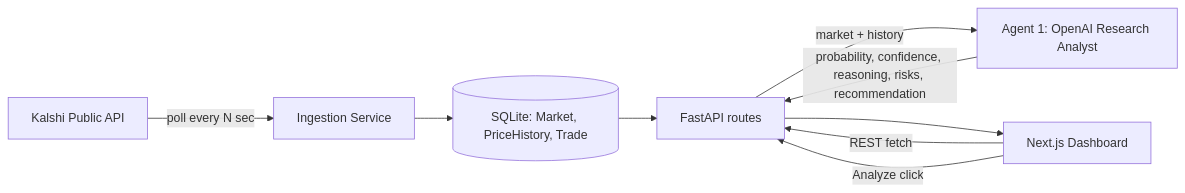
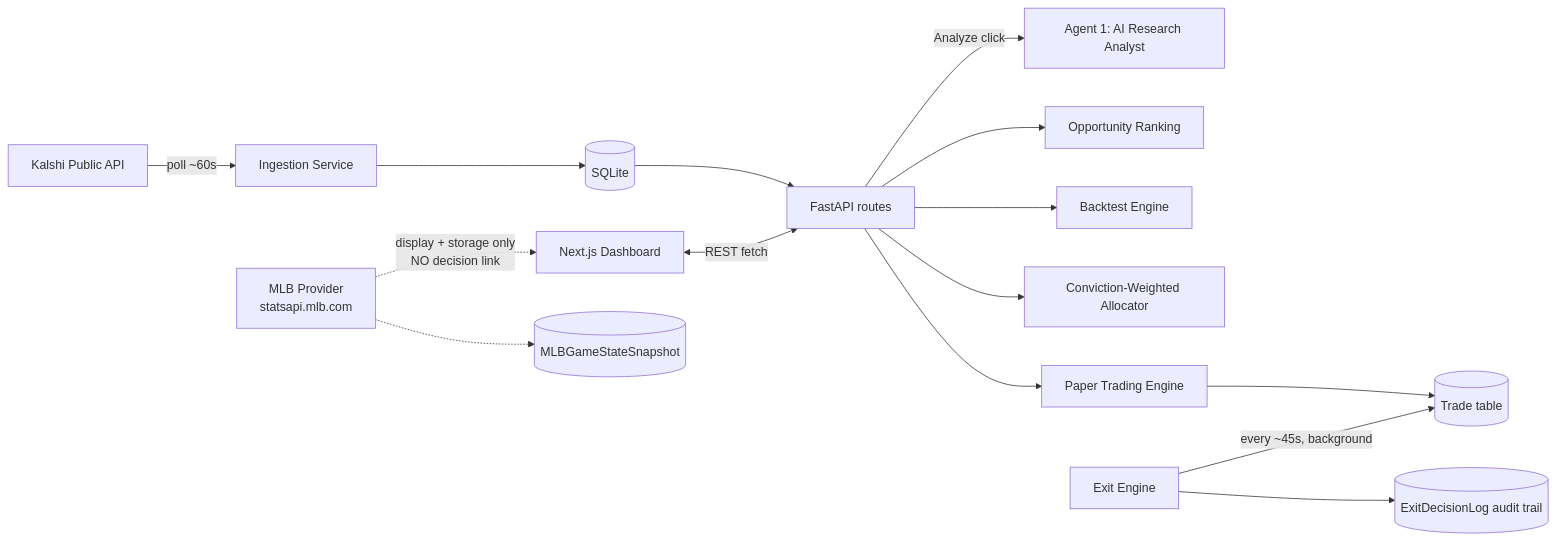
Before and after one commit to XXNRB/kalshi-ai-prediction-market: the diagram in ARCHITECTURE.md, drawn with Mermaid. The commit also changed other lines of this file and 4 other files, not shown here.

````diff
--- a/ARCHITECTURE.md
+++ b/ARCHITECTURE.md
@@ -12,11 +18,20 @@
 ```mermaid
 flowchart LR
-    K[Kalshi Public API] -->|poll every N sec| ING[Ingestion Service]
-    ING --> DB[(SQLite: Market, PriceHistory, Trade)]
+    K[Kalshi Public API] -->|poll ~60s| ING[Ingestion Service]
+    ING --> DB[(SQLite)]
     DB --> API[FastAPI routes]
-    UI[Next.js Dashboard] -->|REST fetch| API
-    UI -->|"Analyze" click| API
-    API -->|market + history| AI[Agent 1: OpenAI Research Analyst]
-    AI -->|probability, confidence, reasoning, risks, recommendation| API
-    API --> UI
+    UI[Next.js Dashboard] <-->|REST fetch| API
+
+    API -->|"Analyze" click| AI[Agent 1: AI Research Analyst]
+    API --> RANK[Opportunity Ranking]
+    API --> BT[Backtest Engine]
+    API --> ALLOC[Conviction-Weighted Allocator]
+    API --> PORT[Paper Trading Engine]
+
+    PORT --> TRADES[(Trade table)]
+    EXIT[Exit Engine] -->|every ~45s, background| TRADES
+    EXIT --> LOG[(ExitDecisionLog audit trail)]
+
+    MLB[MLB Provider\nstatsapi.mlb.com] -.->|display + storage only\nNO decision link| UI
+    MLB -.-> SNAP[(MLBGameStateSnapshot)]
 ```
````
